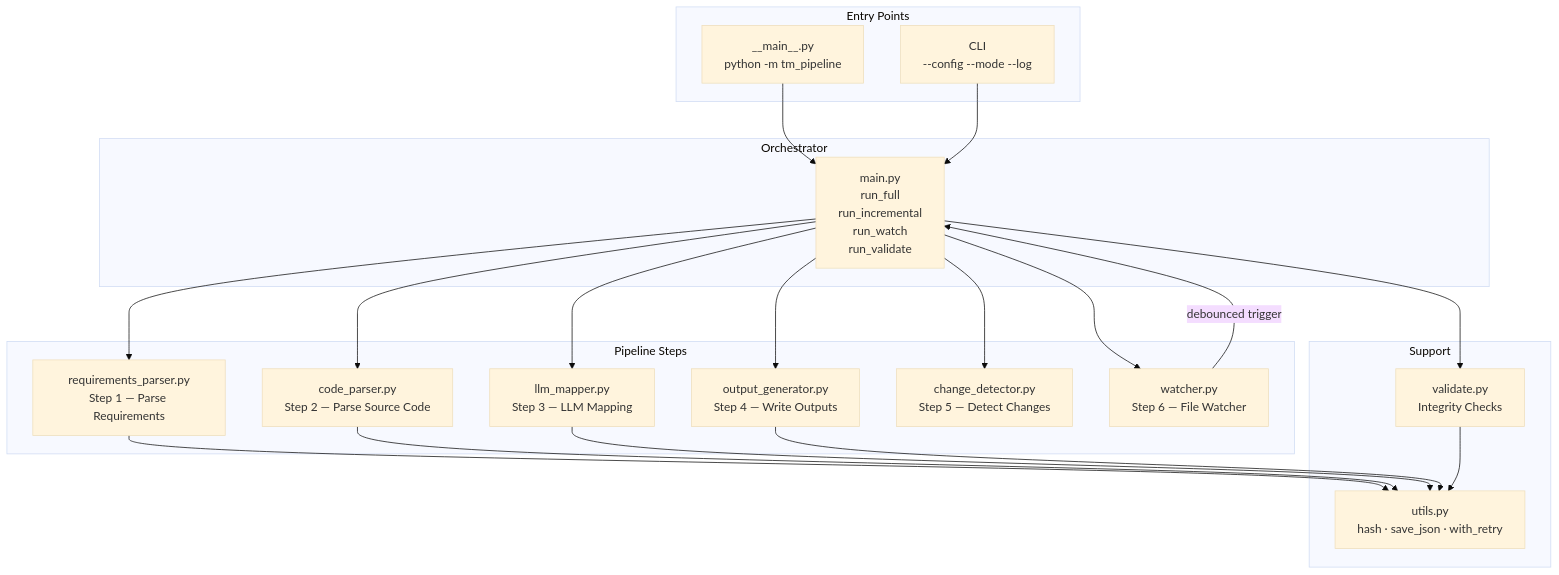
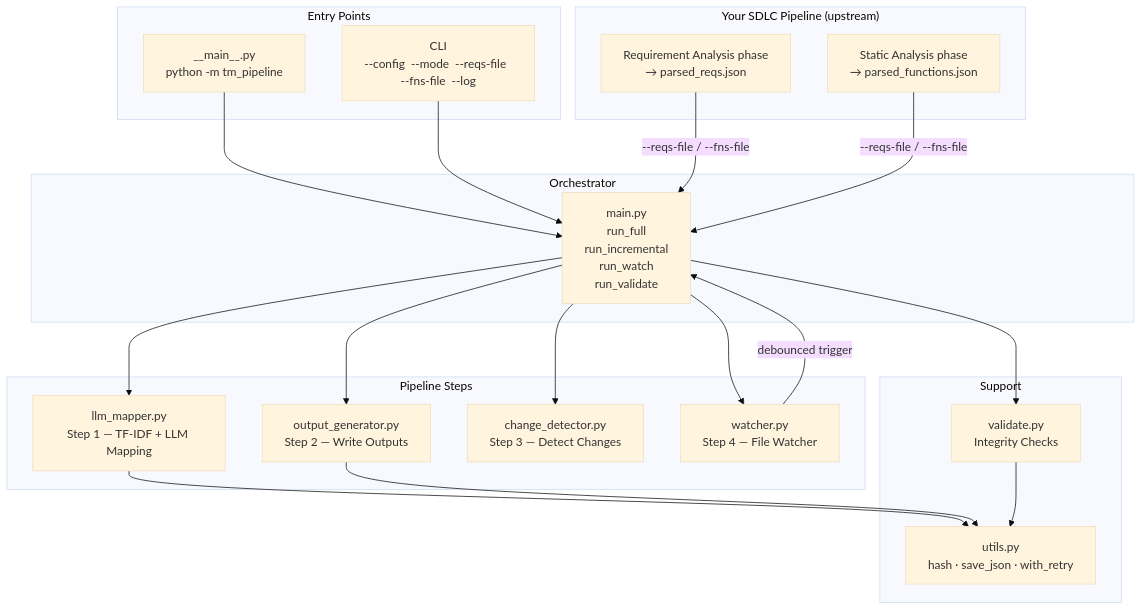
The third of 11 diagrams in ARCHITECTURE.md (AHMED-MOH7/Our-Project), drawn with Mermaid (base theme) before and after one commit. The commit also changed other lines of this file, not shown here.

````diff
--- a/ARCHITECTURE.md
+++ b/ARCHITECTURE.md
@@ -95,33 +95,37 @@
 ```mermaid
 graph TB
     subgraph entry["Entry Points"]
         MM["__main__.py\npython -m tm_pipeline"]
-        CLI["CLI\n--config  --mode  --log"]
+        CLI["CLI\n--config  --mode  --reqs-file  --fns-file  --log"]
+    end
+
+    subgraph upstream["Your SDLC Pipeline  (upstream)"]
+        UP1["Requirement Analysis phase\n→ parsed_reqs.json"]
+        UP2["Static Analysis phase\n→ parsed_functions.json"]
     end
 
     subgraph orch["Orchestrator"]
         MAIN["main.py\nrun_full\nrun_incremental\nrun_watch\nrun_validate"]
     end
 
     subgraph pipeline["Pipeline Steps"]
-        S1["requirements_parser.py\nStep 1 — Parse Requirements"]
-        S2["code_parser.py\nStep 2 — Parse Source Code"]
-        S3["llm_mapper.py\nStep 3 — LLM Mapping"]
-        S4["output_generator.py\nStep 4 — Write Outputs"]
-        S5["change_detector.py\nStep 5 — Detect Changes"]
-        S6["watcher.py\nStep 6 — File Watcher"]
+        S3["llm_mapper.py\nStep 1 — TF-IDF + LLM Mapping"]
+        S4["output_generator.py\nStep 2 — Write Outputs"]
+        S5["change_detector.py\nStep 3 — Detect Changes"]
+        S6["watcher.py\nStep 4 — File Watcher"]
     end
 
     subgraph support["Support"]
         VA["validate.py\nIntegrity Checks"]
         UT["utils.py\nhash · save_json · with_retry"]
     end
 
     MM --> MAIN
     CLI --> MAIN
-    MAIN --> S1 & S2 & S3 & S4 & S5 & VA
+    UP1 & UP2 -->|"--reqs-file / --fns-file"| MAIN
+    MAIN --> S3 & S4 & S5 & VA
     MAIN --> S6
     S6 -->|"debounced trigger"| MAIN
 
-    S1 & S2 & S3 & S4 & VA --> UT
+    S3 & S4 & VA --> UT
 ```
````
